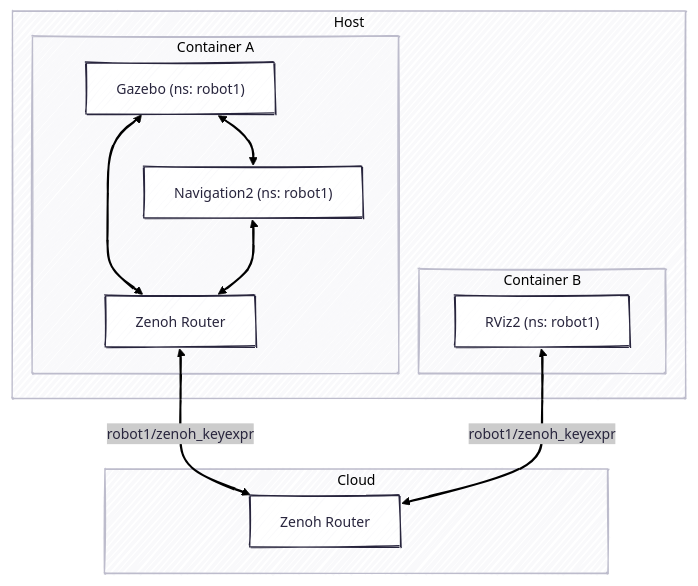
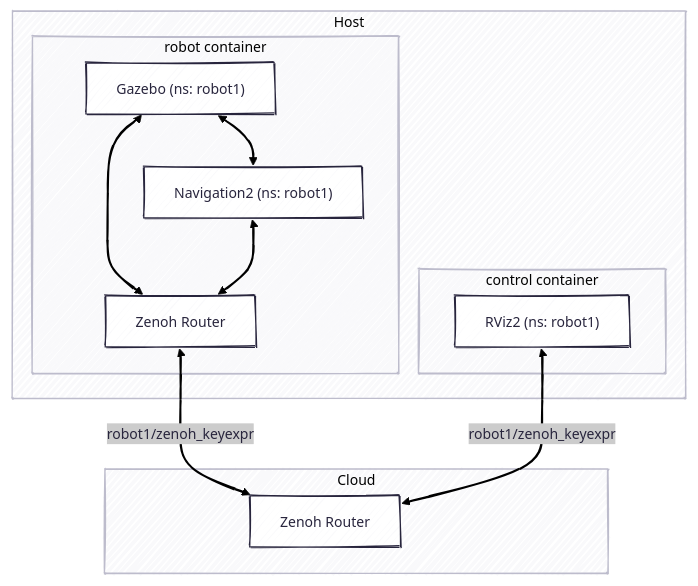
Before and after one commit to bresilla/roscon2025_workshop: the diagram in exercises/ex-8.md, drawn with Mermaid. The commit also changed 1 other file, not shown here.

Commit message:
Update the mermaid.

````diff
--- a/exercises/ex-8.md
+++ b/exercises/ex-8.md
@@ -17,24 +17,24 @@
 ```mermaid
 ---
 config:
   theme: redux
   look: handDrawn
   layout: dagre
 ---
 graph TD
 subgraph Host
-    subgraph Container A
+    subgraph robot container
         sim1["Gazebo (ns: robot1)"] <--> zr1["Zenoh Router"]
         nav1["Navigation2 (ns: robot1)"] <--> zr1
         sim1 <--> nav1
     end
-    subgraph Container B
+    subgraph control container
         rv2["RViz2 (ns: robot1)"]
     end
 end
 subgraph Cloud
     zr3["Zenoh Router"]
 end
 zr1 <-- robot1/zenoh_keyexpr --> zr3
 rv2 <-- robot1/zenoh_keyexpr --> zr3
 ```
````
